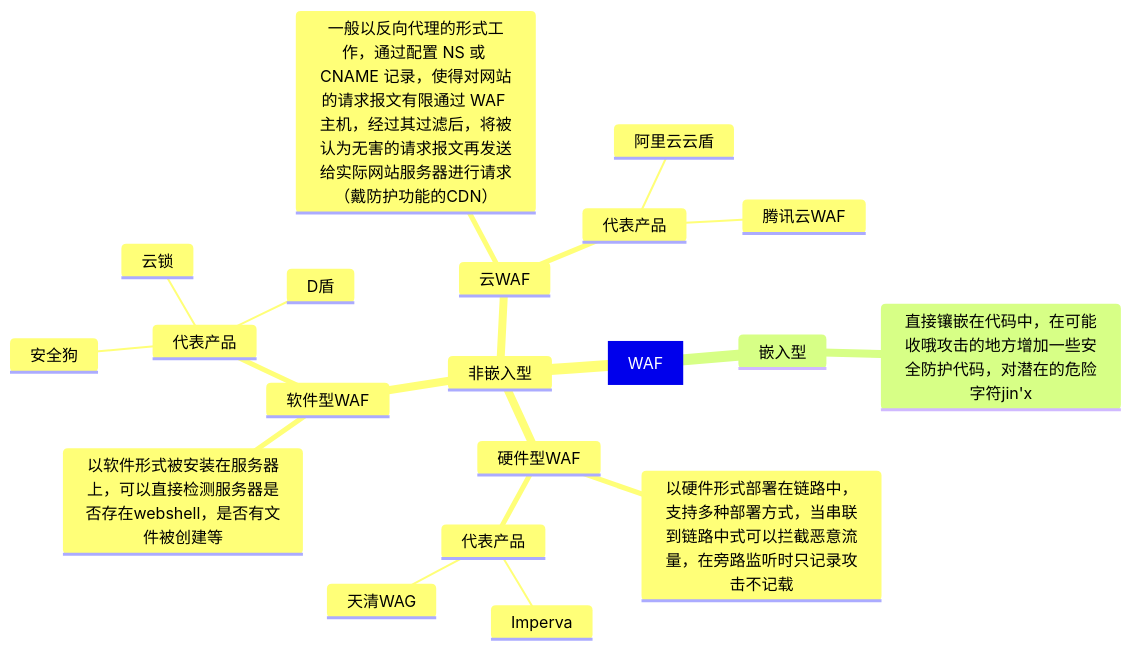
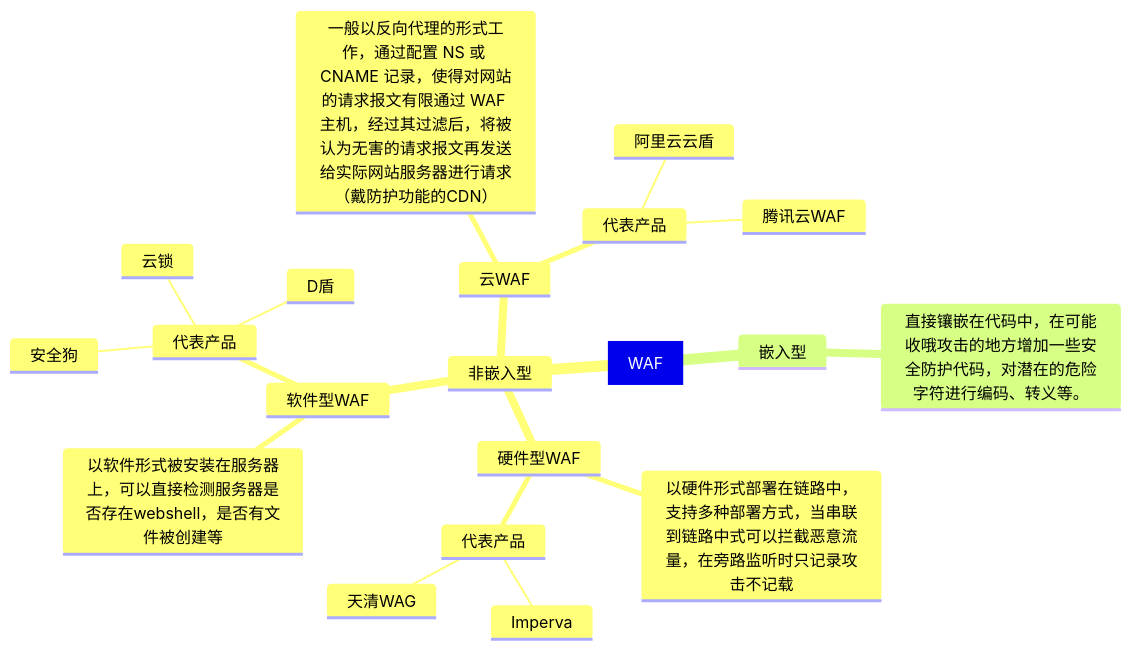
Before and after one commit to EBAOBAO/MyNotes: the diagram in EBAOBAO 的网安笔记.md, drawn with Mermaid.

Commit message:
vault backup: 2025-06-15 17:58:37

````diff
--- a/EBAOBAO 的网安笔记.md
+++ b/EBAOBAO 的网安笔记.md
@@ -93,23 +93,23 @@
 ```mermaid
 mindmap
 	[WAF]
 		非嵌入型
 			硬件型WAF
 				以硬件形式部署在链路中，支持多种部署方式，当串联到链路中式可以拦截恶意流量，在旁路监听时只记录攻击不记载
 				代表产品
 					Imperva
 					天清WAG
 			软件型WAF
 				以软件形式被安装在服务器上，可以直接检测服务器是否存在webshell，是否有文件被创建等
 				代表产品
 					安全狗
 					云锁
 					D盾
 			云WAF
 				一般以反向代理的形式工作，通过配置 NS 或 CNAME 记录，使得对网站的请求报文有限通过 WAF 主机，经过其过滤后，将被认为无害的请求报文再发送给实际网站服务器进行请求（戴防护功能的CDN）
 				代表产品
 					阿里云云盾
 					腾讯云WAF
 		嵌入型
-			直接镶嵌在代码中，在可能收哦攻击的地方增加一些安全防护代码，对潜在的危险字符jin'x
+			直接镶嵌在代码中，在可能收哦攻击的地方增加一些安全防护代码，对潜在的危险字符进行编码、转义等。
 ```
````
